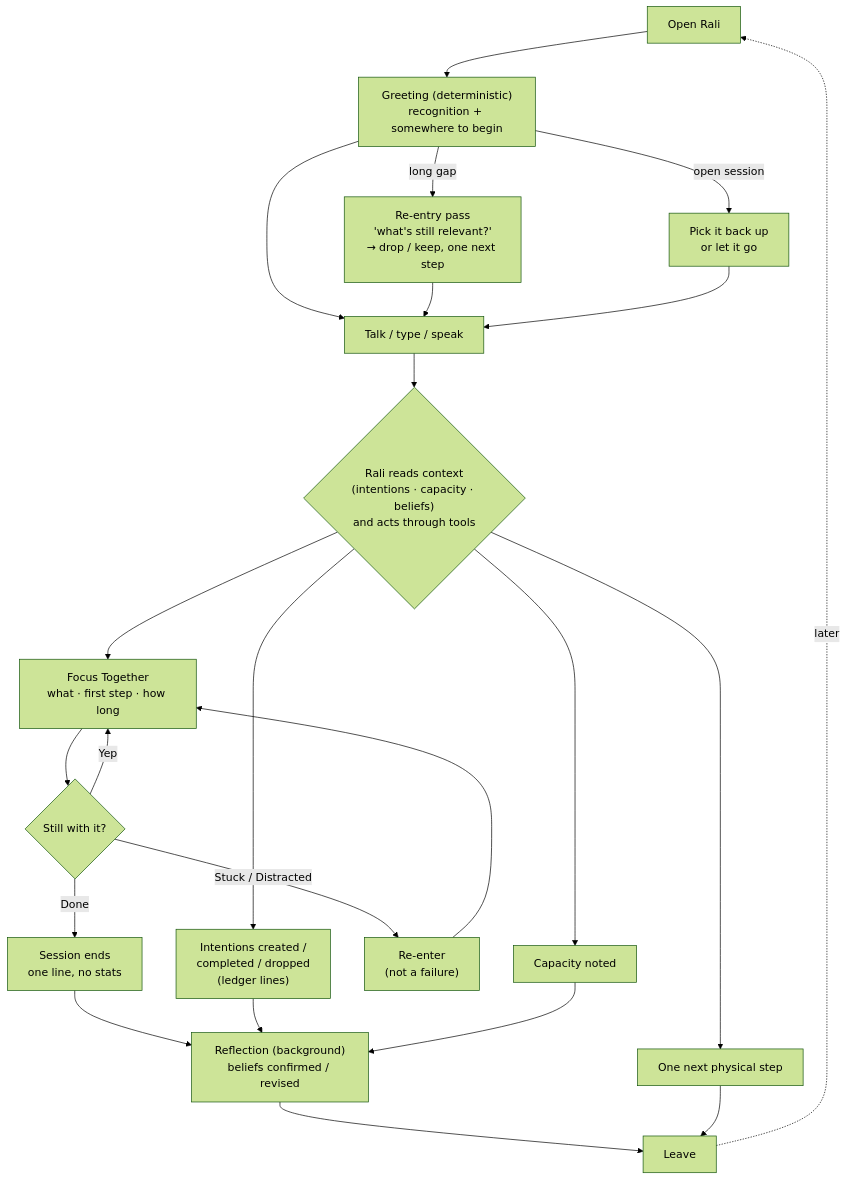
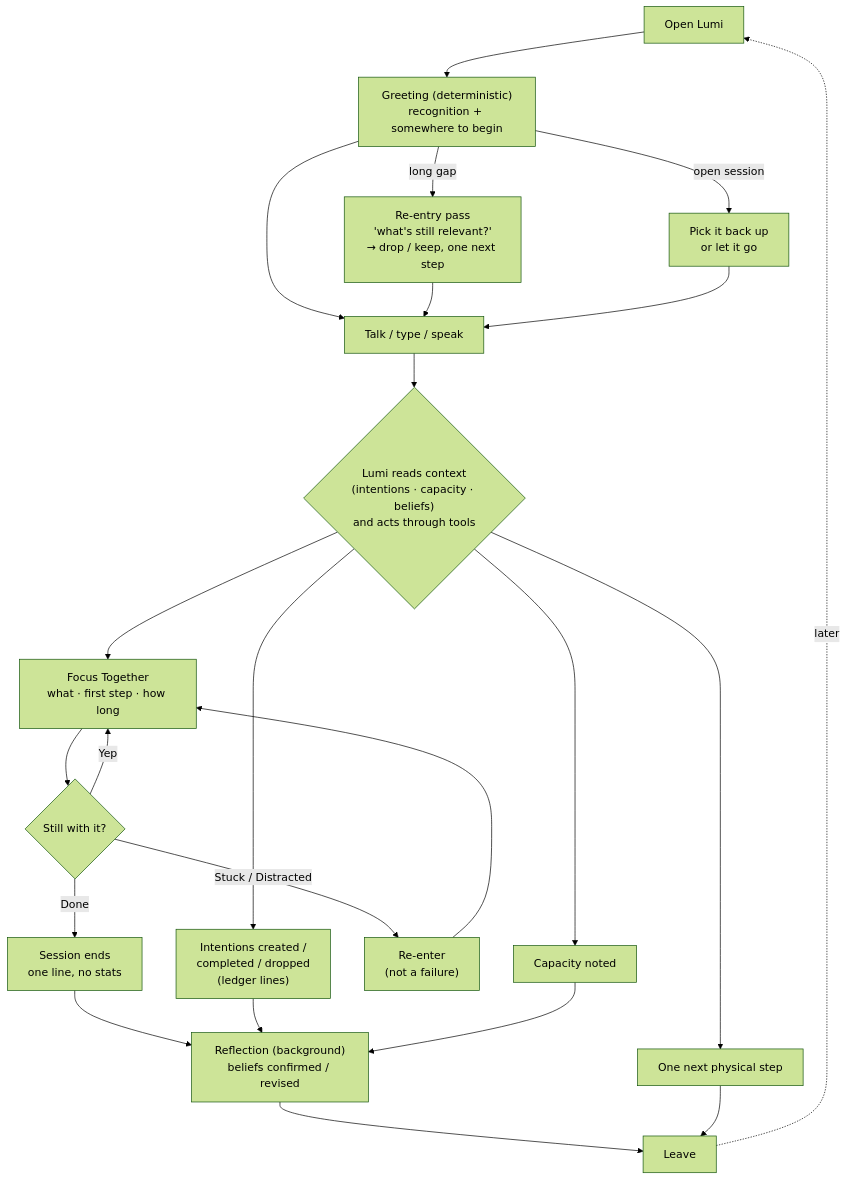
One commit to chanteblais/Lumen changed the diagram in docs/user-journey.md. Above: the diagram before and after it, drawn with Mermaid (forest theme). The commit also changed other lines of this file and 31 other files, not shown here.

````diff
--- a/docs/user-journey.md
+++ b/docs/user-journey.md
@@ -5,27 +5,27 @@
 ```mermaid
 flowchart TD
-    OPEN["Open Rali"] --> GREET["Greeting (deterministic)\nrecognition + somewhere to begin"]
+    OPEN["Open Lumi"] --> GREET["Greeting (deterministic)\nrecognition + somewhere to begin"]
     GREET -->|long gap| REENTRY["Re-entry pass\n'what's still relevant?'\n→ drop / keep, one next step"]
     GREET -->|open session| RESUME["Pick it back up\nor let it go"]
     GREET --> TALK["Talk / type / speak"]
     REENTRY --> TALK
     RESUME --> TALK
 
-    TALK --> RALI{"Rali reads context\n(intentions · capacity · beliefs)\nand acts through tools"}
+    TALK --> RALI{"Lumi reads context\n(intentions · capacity · beliefs)\nand acts through tools"}
     RALI --> INT["Intentions created /\ncompleted / dropped\n(ledger lines)"]
     RALI --> CAP["Capacity noted"]
     RALI --> STEP["One next physical step"]
     RALI --> SESSION["Focus Together\nwhat · first step · how long"]
 
     SESSION --> CHECK{"Still with it?"}
     CHECK -->|Yep| SESSION
     CHECK -->|Stuck / Distracted| REENTER["Re-enter\n(not a failure)"] --> SESSION
     CHECK -->|Done| END["Session ends\none line, no stats"]
 
     END --> REFLECT["Reflection (background)\nbeliefs confirmed / revised"]
     INT --> REFLECT
     CAP --> REFLECT
     REFLECT --> LEAVE["Leave"]
     STEP --> LEAVE
     LEAVE -.->|later| OPEN
 ```
````
